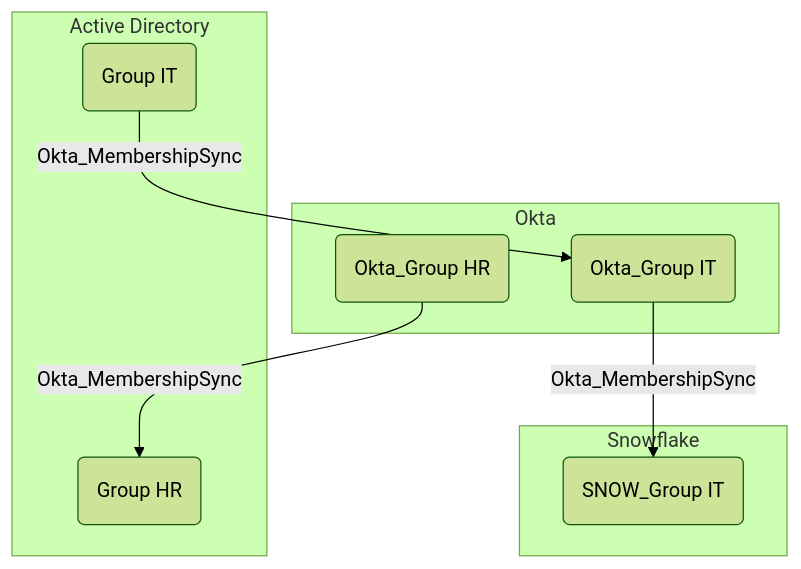
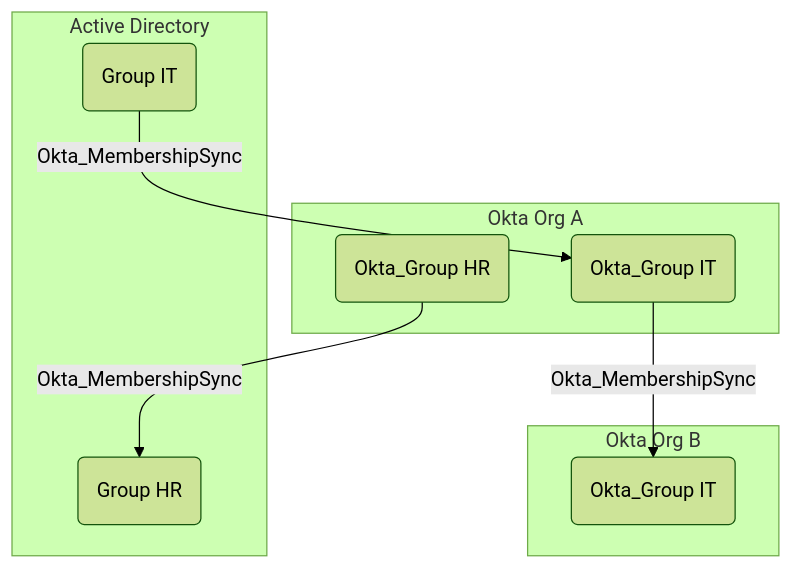
One commit to SpecterOps/bloodhound-docs changed the first of 2 diagrams in docs/opengraph/extensions/oktahound/reference/edges/okta_membershipsync.mdx. Above: the diagram before and after it, drawn with Mermaid (forest theme). The commit also changed other lines of this file and 11 other files, not shown here.

````diff
--- a/docs/opengraph/extensions/oktahound/reference/edges/okta_membershipsync.mdx
+++ b/docs/opengraph/extensions/oktahound/reference/edges/okta_membershipsync.mdx
@@ -18,17 +18,17 @@
 ```mermaid
 graph TB
   subgraph ad["Active Directory"]
     adg1("Group IT")
     adg2("Group HR")
   end
-  subgraph okta["Okta"]
+  subgraph okta["Okta Org A"]
     g1("Okta_Group IT")
     g2("Okta_Group HR")
     adg1 -- Okta_MembershipSync --> g1
     g2 -- Okta_MembershipSync --> adg2
   end
-  subgraph snow["Snowflake"]
-    snowg1("SNOW_Group IT")
-    g1 -- Okta_MembershipSync --> snowg1
+  subgraph okta2["Okta Org B"]
+    g3("Okta_Group IT")
+    g1 -- Okta_MembershipSync --> g3
   end
 ```
````
